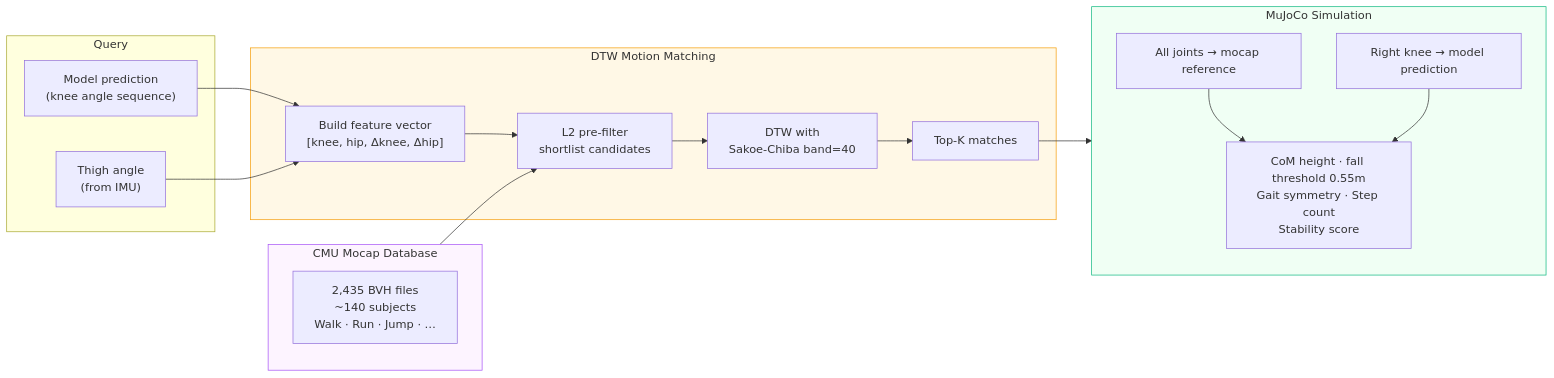
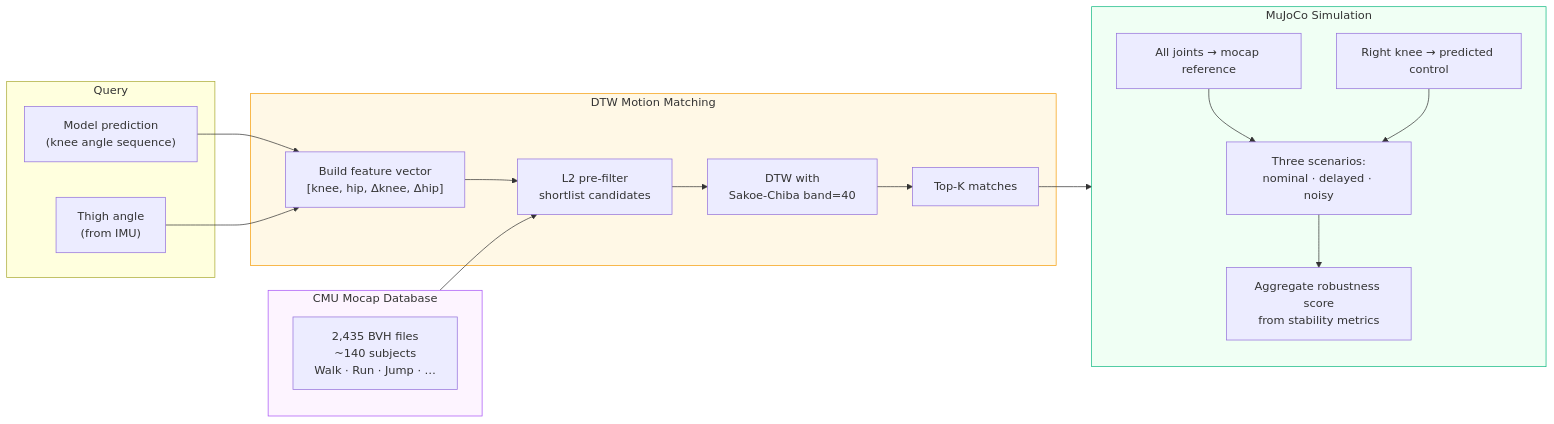
The fourth of 4 diagrams in README.md (aoyun2/emg_tst), drawn with Mermaid before and after one commit. The commit also changed other lines of this file and 3 other files, not shown here.

````diff
--- a/README.md
+++ b/README.md
@@ -176,36 +176,38 @@
 ```mermaid
 flowchart LR
     subgraph Query
         Q1["Model prediction<br/>(knee angle sequence)"]
         Q2["Thigh angle<br/>(from IMU)"]
     end
 
     subgraph MotionMatching["DTW Motion Matching"]
         F1["Build feature vector<br/>[knee, hip, Δknee, Δhip]"]
         F2["L2 pre-filter<br/>shortlist candidates"]
         F3["DTW with<br/>Sakoe-Chiba band=40"]
         F4["Top-K matches"]
         F1 --> F2 --> F3 --> F4
     end
 
     subgraph DB["CMU Mocap Database"]
         BVH["2,435 BVH files<br/>~140 subjects<br/>Walk · Run · Jump · …"]
     end
 
     subgraph Sim["MuJoCo Simulation"]
         S1["All joints → mocap reference"]
-        S2["Right knee → model prediction"]
-        S3["CoM height · fall threshold 0.55m<br/>Gait symmetry · Step count<br/>Stability score"]
+        S2["Right knee → predicted control"]
+        S3["Three scenarios:<br/>nominal · delayed · noisy"]
+        S4["Aggregate robustness score<br/>from stability metrics"]
         S1 --> S3
         S2 --> S3
+        S3 --> S4
     end
 
     Q1 --> F1
     Q2 --> F1
     DB --> F2
     F4 --> Sim
 
     style MotionMatching fill:#fff8e6,stroke:#f59e0b
     style DB fill:#fdf4ff,stroke:#a855f7
     style Sim fill:#f0fff4,stroke:#10b981
 ```
````
